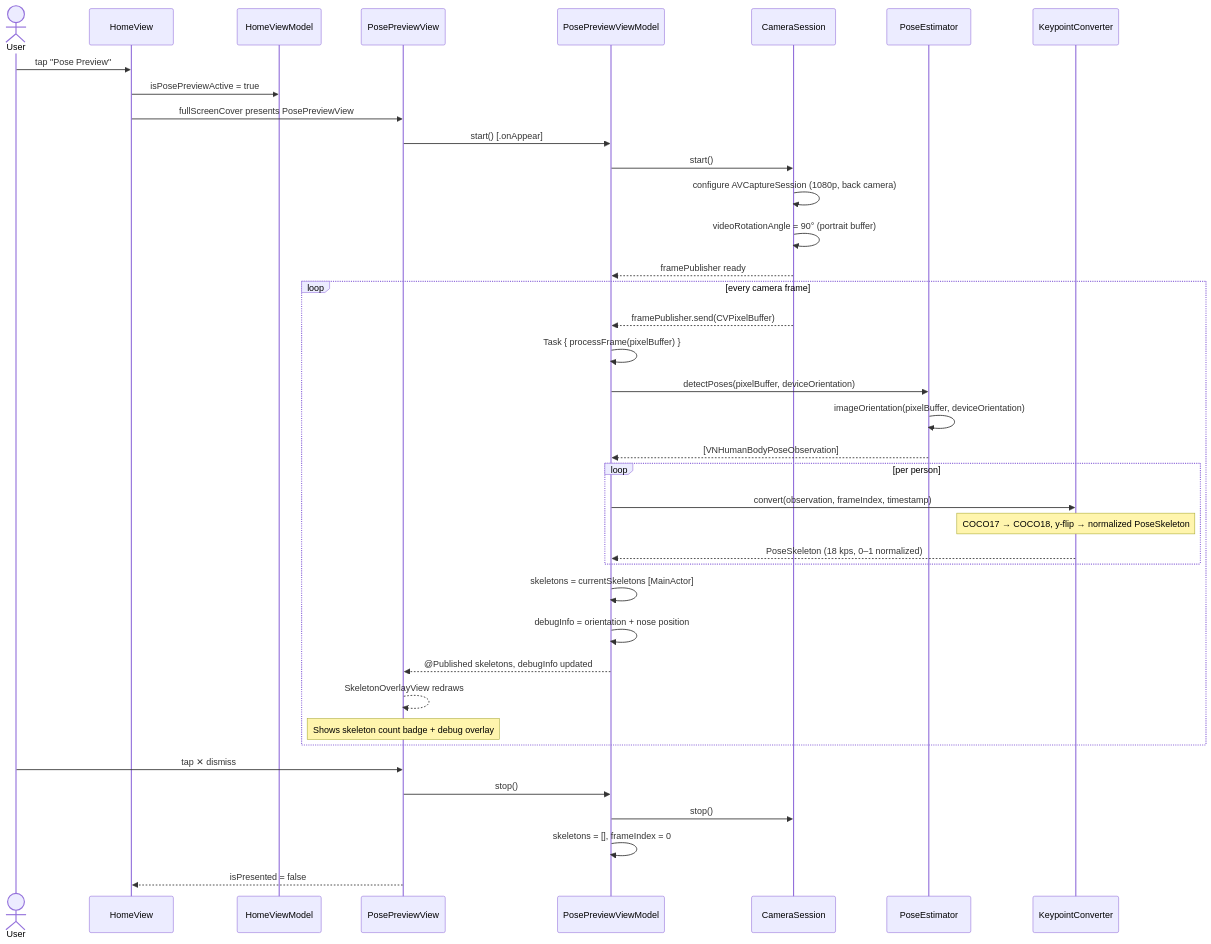
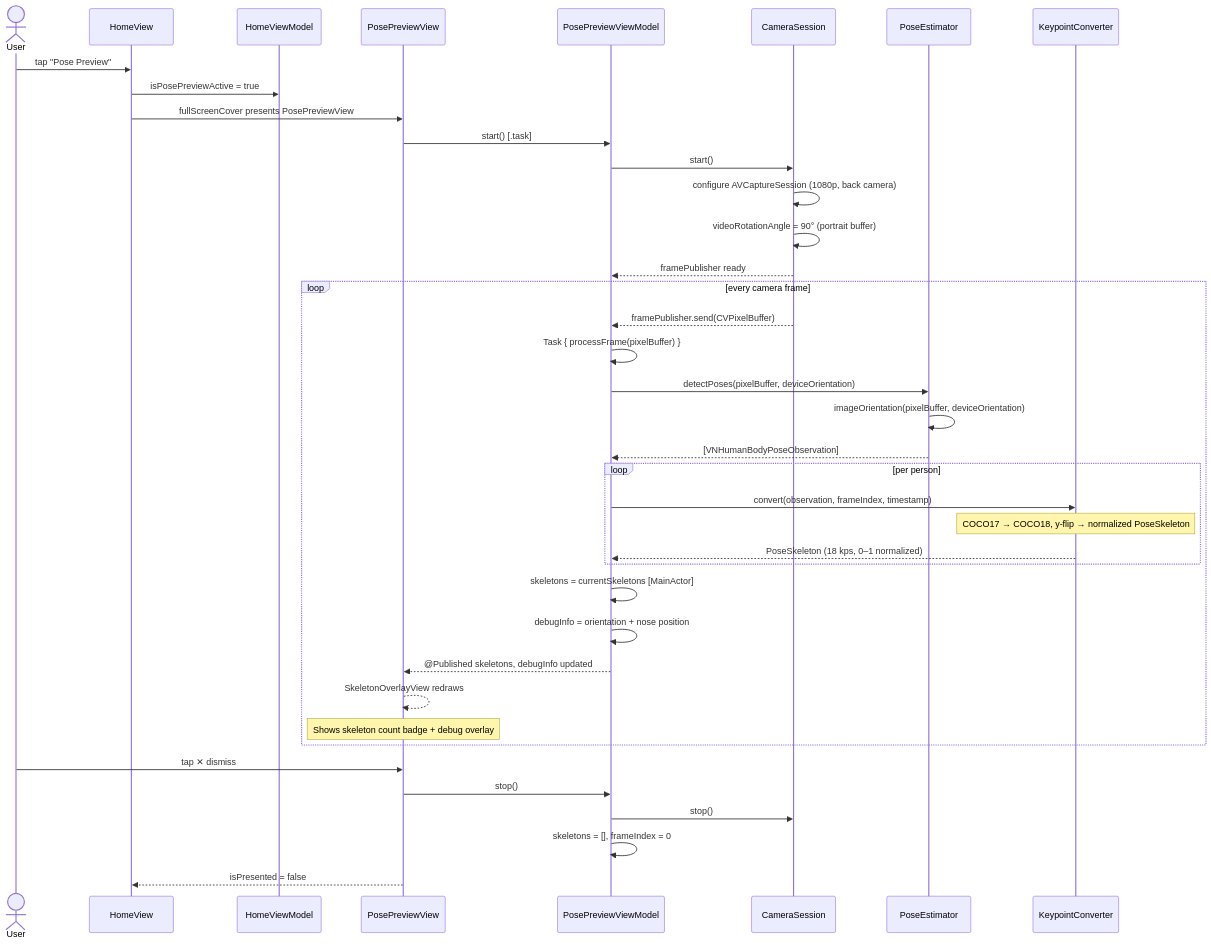
Before and after one commit to cthadeufaria/computer-vision-shoplifting-detection: the third of 3 diagrams in ios/uml-sequence-diagram.md, drawn with Mermaid. The commit also changed other lines of this file and 9 other files, not shown here.

````diff
--- a/ios/uml-sequence-diagram.md
+++ b/ios/uml-sequence-diagram.md
@@ -134,47 +134,47 @@
 ```mermaid
 sequenceDiagram
     actor User
     participant HV  as HomeView
     participant HVM as HomeViewModel
     participant PV  as PosePreviewView
     participant PVM as PosePreviewViewModel
     participant CS  as CameraSession
     participant PE  as PoseEstimator
     participant KC  as KeypointConverter
 
     User->>HV: tap "Pose Preview"
     HV->>HVM: isPosePreviewActive = true
     HV->>PV: fullScreenCover presents PosePreviewView
 
-    PV->>PVM: start() [.onAppear]
+    PV->>PVM: start() [.task]
     PVM->>CS: start()
     CS->>CS: configure AVCaptureSession (1080p, back camera)
     CS->>CS: videoRotationAngle = 90° (portrait buffer)
     CS-->>PVM: framePublisher ready
 
     loop every camera frame
         CS-->>PVM: framePublisher.send(CVPixelBuffer)
         PVM->>PVM: Task { processFrame(pixelBuffer) }
         PVM->>PE: detectPoses(pixelBuffer, deviceOrientation)
         PE->>PE: imageOrientation(pixelBuffer, deviceOrientation)
         PE-->>PVM: [VNHumanBodyPoseObservation]
 
         loop per person
             PVM->>KC: convert(observation, frameIndex, timestamp)
             Note over KC: COCO17 → COCO18, y-flip → normalized PoseSkeleton
             KC-->>PVM: PoseSkeleton (18 kps, 0–1 normalized)
         end
 
         PVM->>PVM: skeletons = currentSkeletons [MainActor]
         PVM->>PVM: debugInfo = orientation + nose position
         PVM-->>PV: @Published skeletons, debugInfo updated
         PV-->>PV: SkeletonOverlayView redraws
         Note over PV: Shows skeleton count badge + debug overlay
     end
 
     User->>PV: tap ✕ dismiss
     PV->>PVM: stop()
     PVM->>CS: stop()
     PVM->>PVM: skeletons = [], frameIndex = 0
     PV-->>HV: isPresented = false
 ```
````
